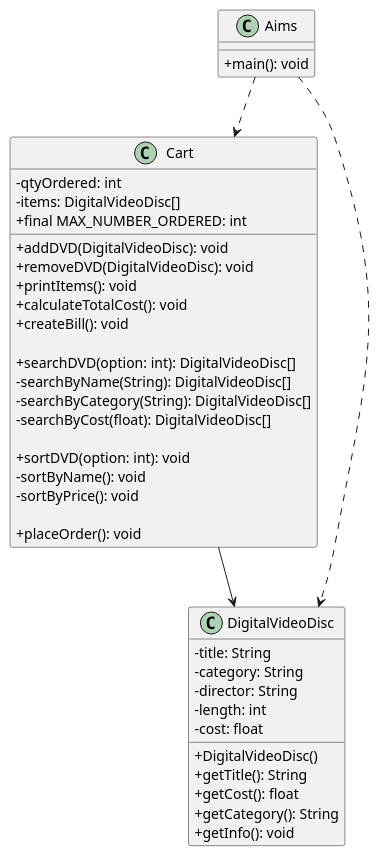
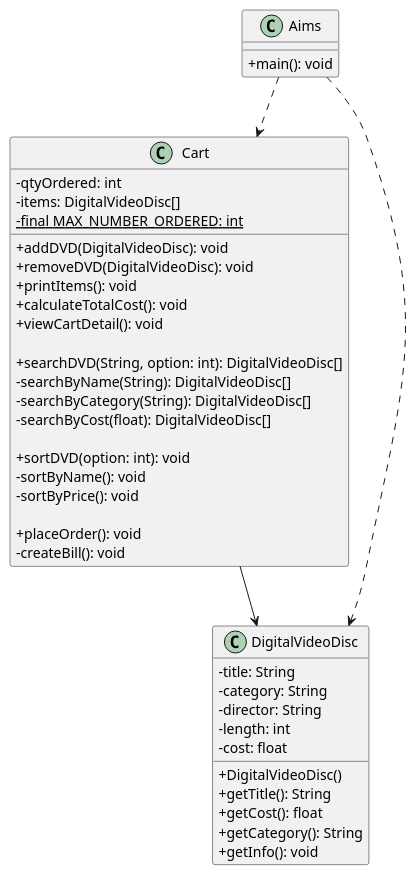
One commit to iwantagf/AIMS_Project changed the diagram in Designs/plantuml_class_diagram.puml. Above: the diagram before and after it, drawn with PlantUML. The commit also changed 5 other files, not shown here.

```diff
--- a/Designs/plantuml_class_diagram.puml
+++ b/Designs/plantuml_class_diagram.puml
@@ -1,44 +1,45 @@
 @startuml
 skinparam classAttributeIconSize 0
 class "Cart" as Cart {
   - qtyOrdered: int
   - items: DigitalVideoDisc[]
-  + final MAX_NUMBER_ORDERED: int
+  - {static} final MAX_NUMBER_ORDERED: int
   + addDVD(DigitalVideoDisc): void
   + removeDVD(DigitalVideoDisc): void
   + printItems(): void
   + calculateTotalCost(): void
-  + createBill(): void
+  + viewCartDetail(): void
   
-  + searchDVD(option: int): DigitalVideoDisc[]
+  + searchDVD(String, option: int): DigitalVideoDisc[]
   - searchByName(String): DigitalVideoDisc[]
   - searchByCategory(String): DigitalVideoDisc[]
   - searchByCost(float): DigitalVideoDisc[]
   
   + sortDVD(option: int): void
   - sortByName(): void
   - sortByPrice(): void
   
   + placeOrder(): void
+  - createBill(): void
 }
 class "DigitalVideoDisc" as DigitalVideoDisc {
   - title: String
   - category: String
   - director: String
   - length: int
   - cost: float
   
   + DigitalVideoDisc()
   + getTitle(): String
   + getCost(): float
   + getCategory(): String
   + getInfo(): void
 }
 class "Aims" as Aims {
   + main(): void
 }
 
 Aims ..> Cart
 Aims ..> DigitalVideoDisc
 Cart --> DigitalVideoDisc
 @enduml
```
